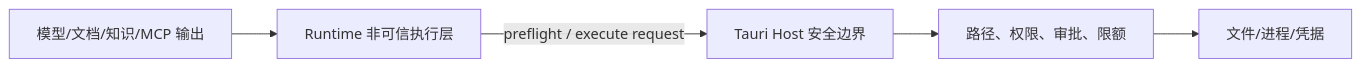
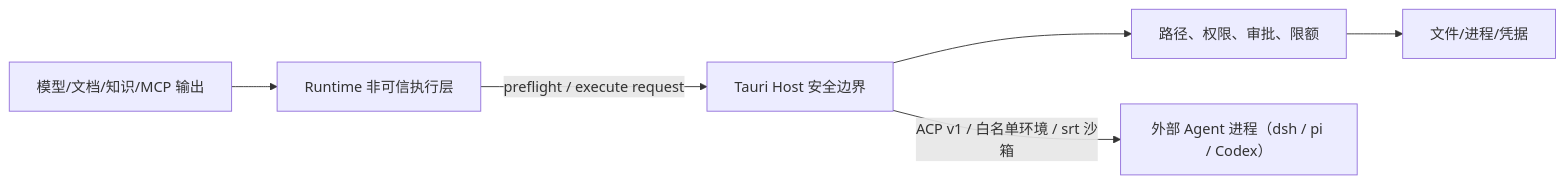
Before and after one commit to Hry1729/Fox-Agent: the diagram in docs/02-架构/安全架构.md, drawn with Mermaid. The commit also changed other lines of this file, not shown here.

Commit message:
docs(arch): 按当前代码更新 安全架构.md（四 Agent / Codex 隐藏 / Kernel 默认） [skip ci]

````diff
--- a/docs/02-架构/安全架构.md
+++ b/docs/02-架构/安全架构.md
@@ -14,7 +14,8 @@
 ```mermaid
 flowchart LR
     UNTRUST["模型/文档/知识/MCP 输出"] --> RUNTIME["Runtime 非可信执行层"]
     RUNTIME -->|"preflight / execute request"| HOST["Tauri Host 安全边界"]
     HOST --> POLICY["路径、权限、审批、限额"]
     POLICY --> LOCAL["文件/进程/凭据"]
+    HOST -->|"ACP v1 / 白名单环境 / srt 沙箱"| EXT["外部 Agent 进程（dsh / pi / Codex）"]
 ```
````
